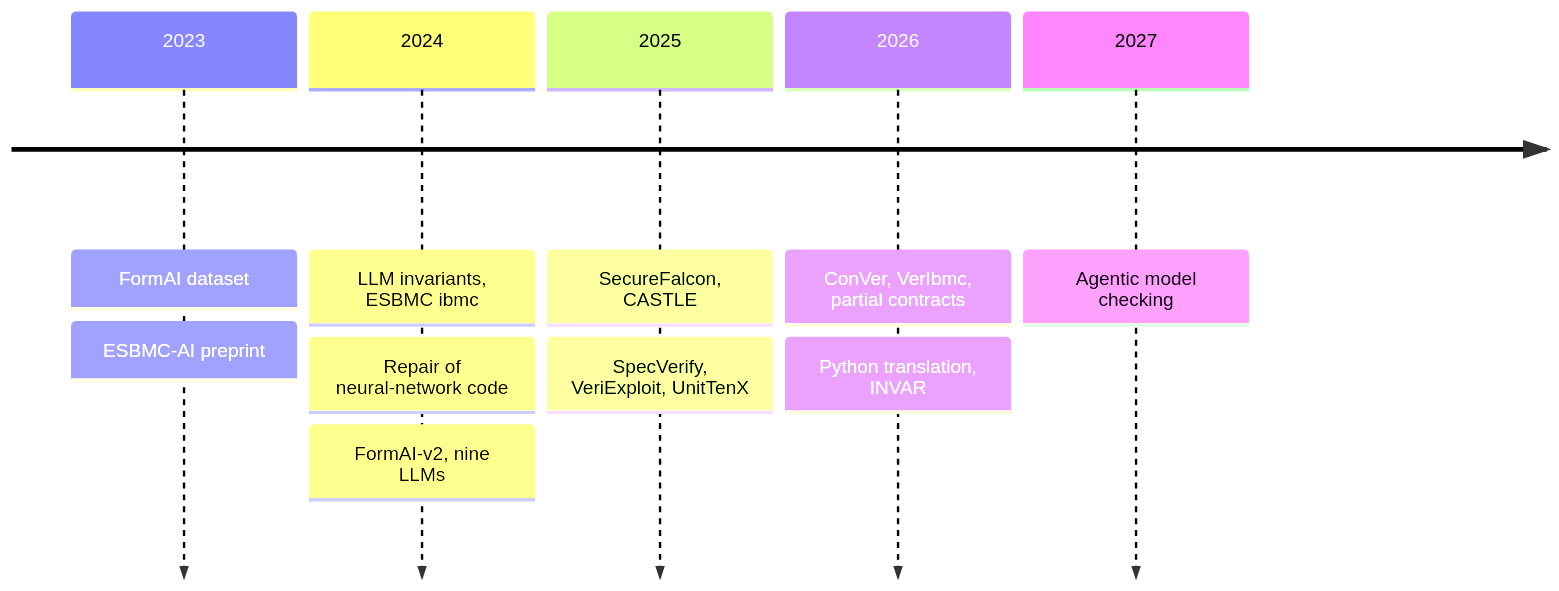
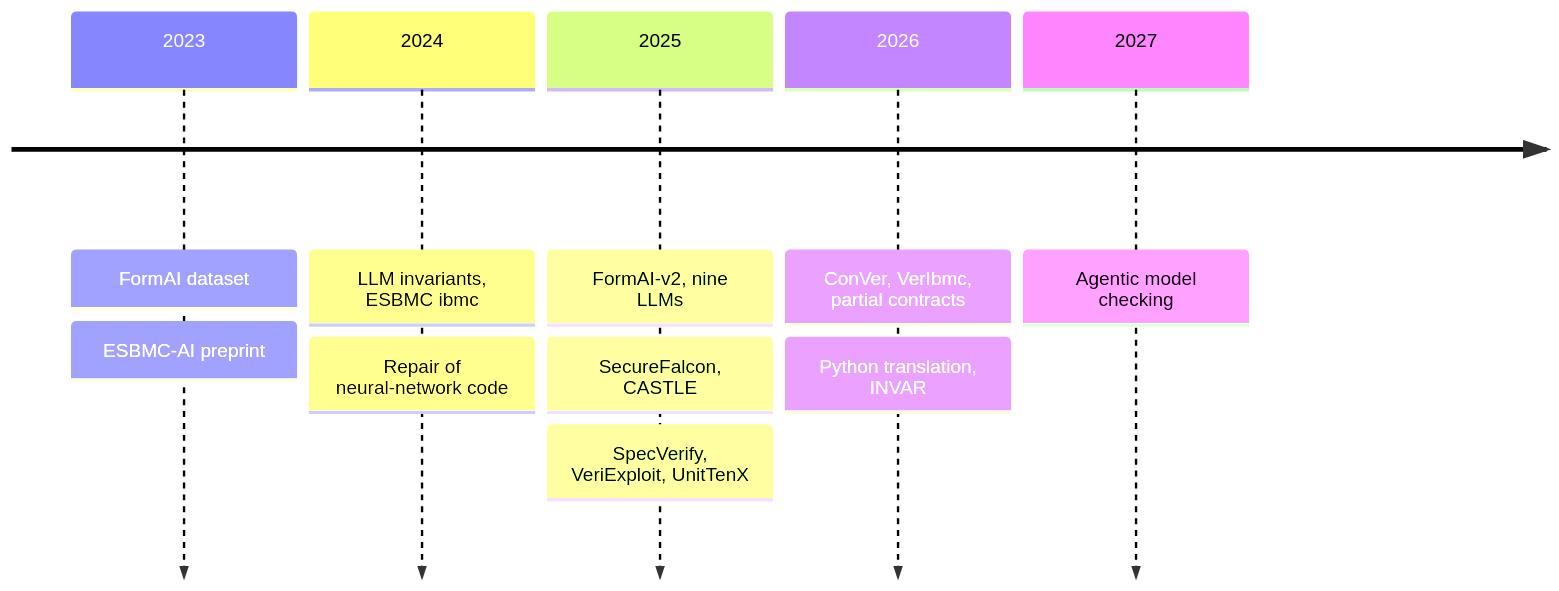
The second of 2 diagrams in lucasccordeiro-src/_posts/2026-10-30-llms-propose-verifiers-check.md (ssvlab/ssvlab.github.io), drawn with Mermaid before and after one commit. The commit also changed other lines of this file and 7 other files, not shown here.

````diff
--- a/lucasccordeiro-src/_posts/2026-10-30-llms-propose-verifiers-check.md
+++ b/lucasccordeiro-src/_posts/2026-10-30-llms-propose-verifiers-check.md
@@ -61,13 +61,13 @@
 ```mermaid
 timeline
     2023 : FormAI dataset
          : ESBMC-AI preprint
     2024 : LLM invariants, ESBMC ibmc
          : Repair of neural-network code
-         : FormAI-v2, nine LLMs
-    2025 : SecureFalcon, CASTLE
+    2025 : FormAI-v2, nine LLMs
+         : SecureFalcon, CASTLE
          : SpecVerify, VeriExploit, UnitTenX
     2026 : ConVer, VerIbmc, partial contracts
          : Python translation, INVAR
     2027 : Agentic model checking
 ```
````
